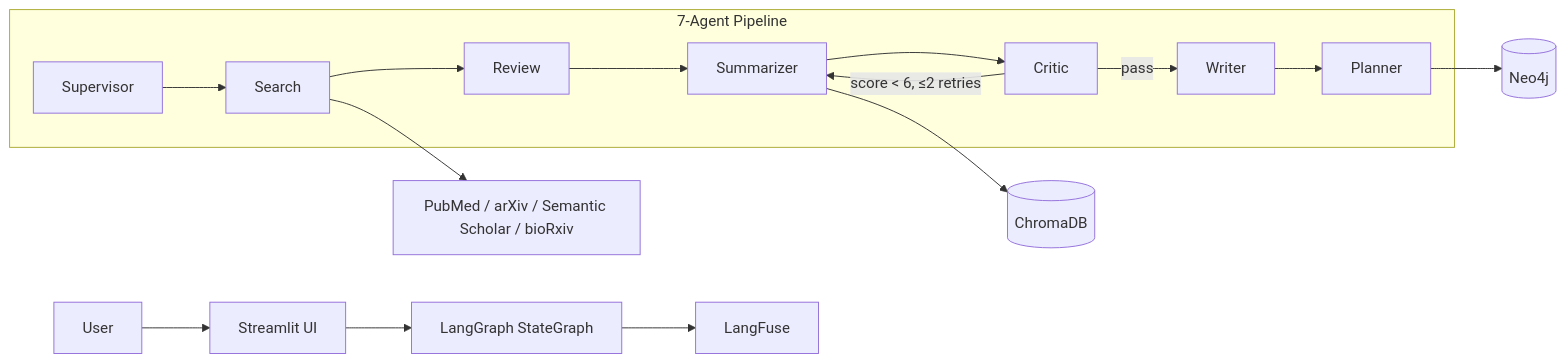
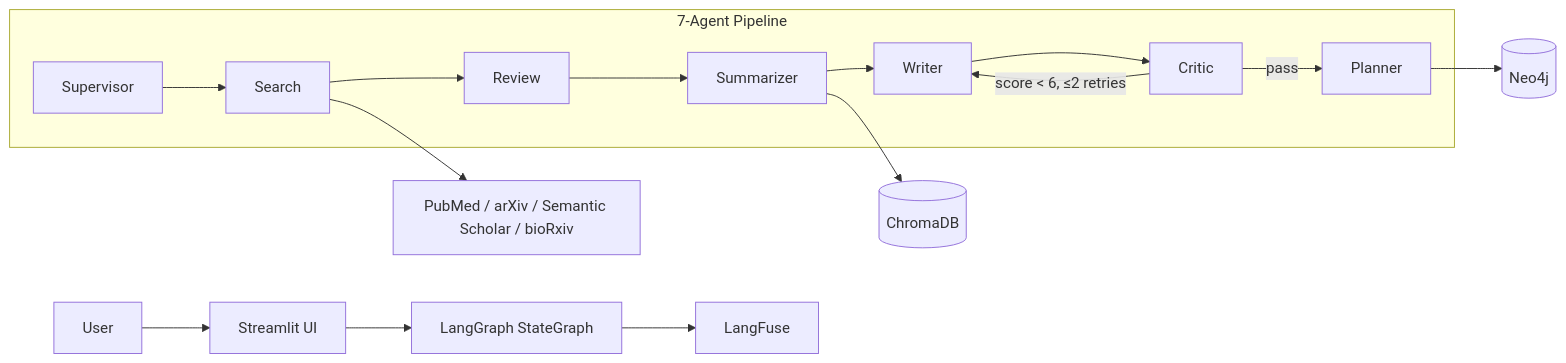
The diagram in README.md (jsidj306/Biomed-Research-Agent), drawn with Mermaid before and after one commit. The commit also changed other lines of this file and 21 other files, not shown here.

First line of the commit message:
docs: 清理公开仓库内部痕迹，修正 Critic 回环方向（打回 Writer 非 Summarizer）

````diff
--- a/README.md
+++ b/README.md
@@ -42,20 +42,20 @@
 ```mermaid
 graph LR
     U[User] --> UI[Streamlit UI]
     UI --> G[LangGraph StateGraph]
 
     subgraph "7-Agent Pipeline"
         S[Supervisor] --> SE[Search]
         SE --> RV[Review]
         RV --> SU[Summarizer]
-        SU --> CR[Critic]
-        CR -->|score < 6, ≤2 retries| SU
-        CR -->|pass| WR[Writer]
-        WR --> PL[Planner]
+        SU --> WR[Writer]
+        WR --> CR[Critic]
+        CR -->|score < 6, ≤2 retries| WR
+        CR -->|pass| PL[Planner]
     end
 
     SE --> P[PubMed / arXiv / Semantic Scholar / bioRxiv]
     SU --> C[(ChromaDB)]
     PL --> KG[(Neo4j)]
     G --> LF[LangFuse]
 ```
````
